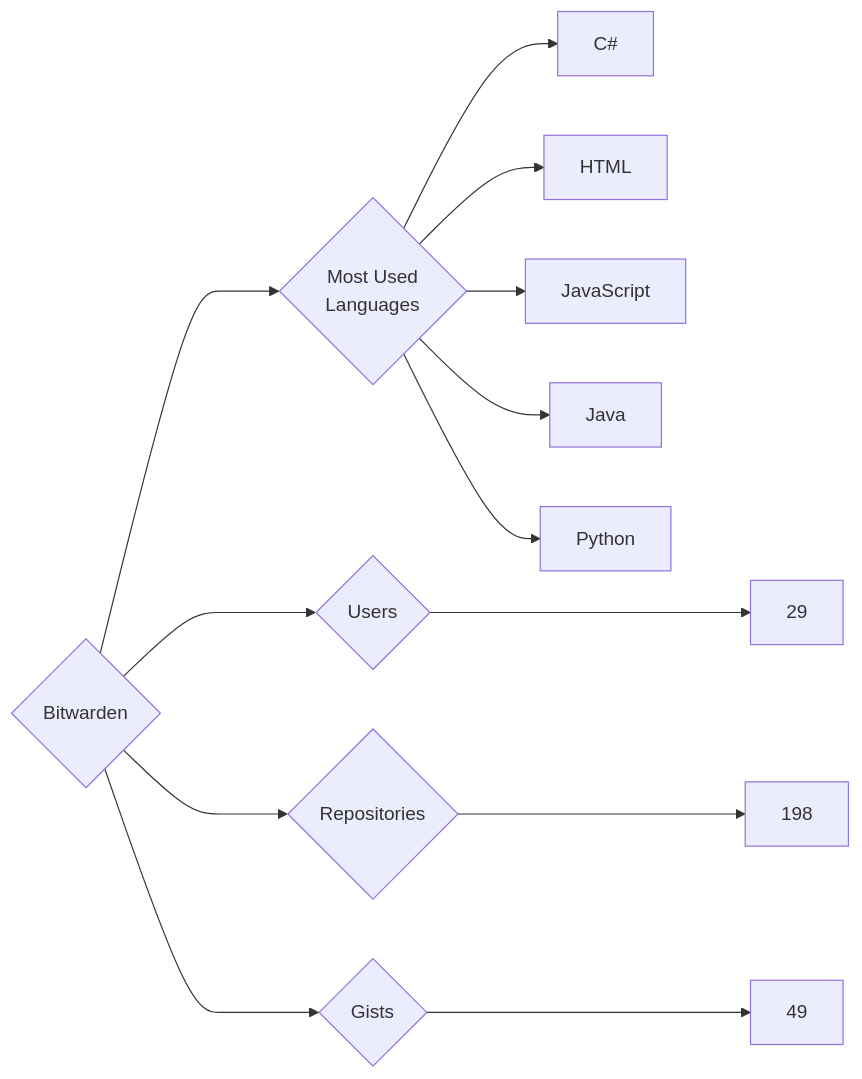
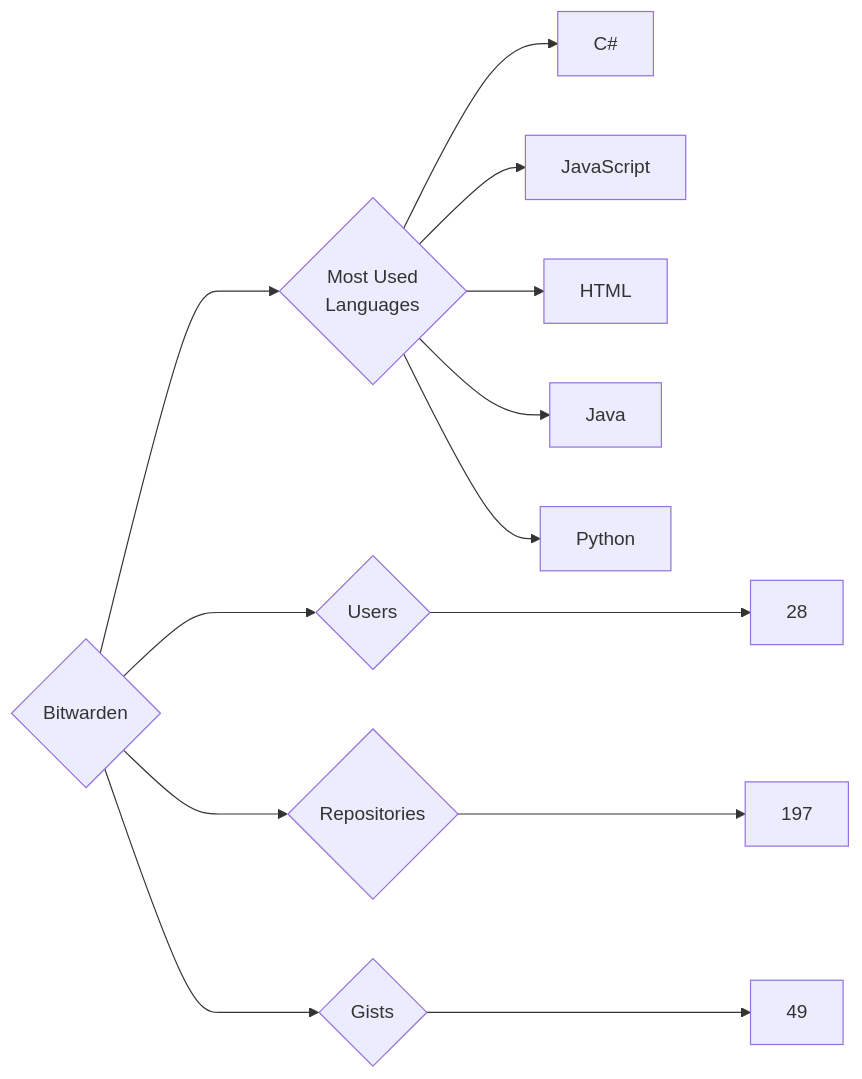
Before and after one commit to trickest/insiders: the diagram in targets/Bitwarden/README.md, drawn with Mermaid. The commit also changed 951 other files, not shown here.

````diff
--- a/targets/Bitwarden/README.md
+++ b/targets/Bitwarden/README.md
@@ -3,13 +3,13 @@
 ```mermaid
 graph LR
 COMPANY_NAME{Bitwarden}
-COMPANY_NAME ---> U{Users} ---> UN[29]
-COMPANY_NAME ---> R{Repositories} ---> RN[198]
+COMPANY_NAME ---> U{Users} ---> UN[28]
+COMPANY_NAME ---> R{Repositories} ---> RN[197]
 COMPANY_NAME ---> G{Gists} ---> GN[49]
 COMPANY_NAME ---> ML{Most Used<br>Languages}
 ML --> C#[C#]
+ML --> JavaScript[JavaScript]
 ML --> HTML[HTML]
-ML --> JavaScript[JavaScript]
 ML --> Java[Java]
 ML --> Python[Python]
 ```
````
